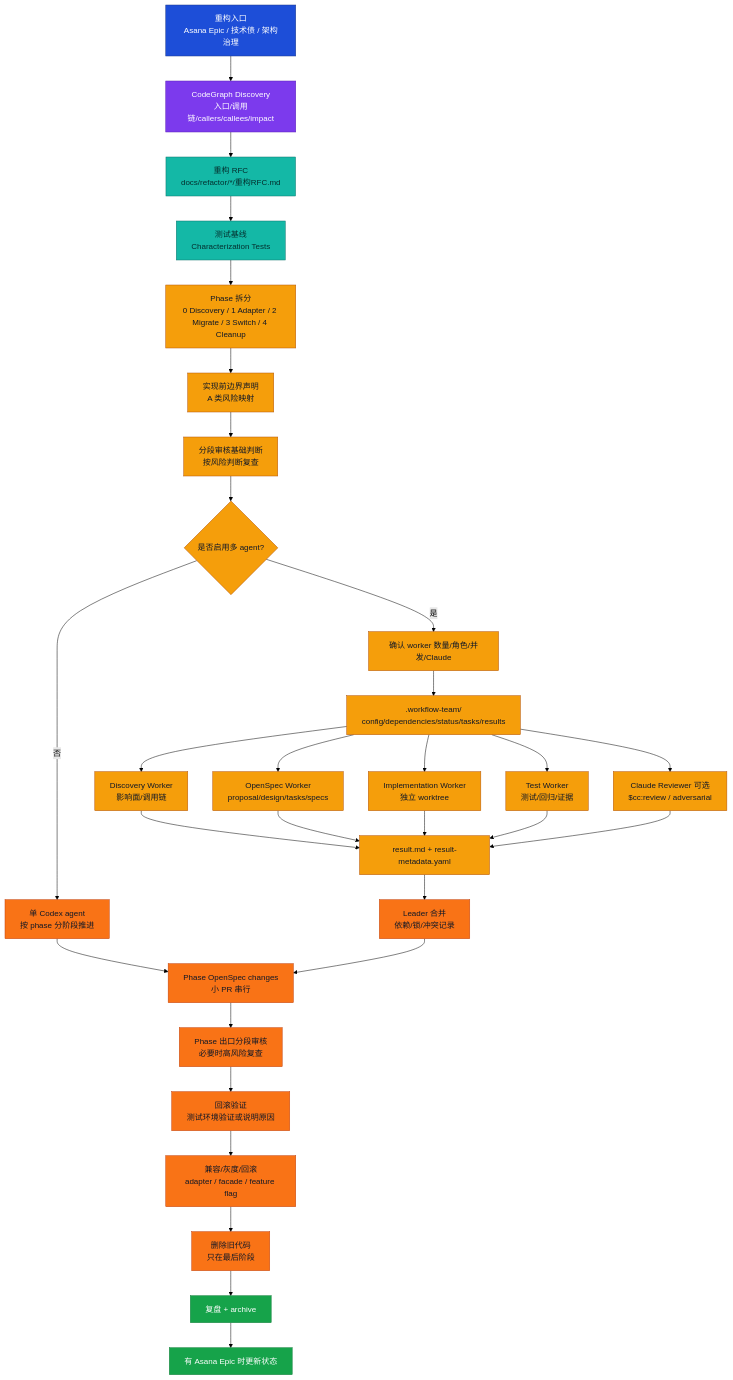
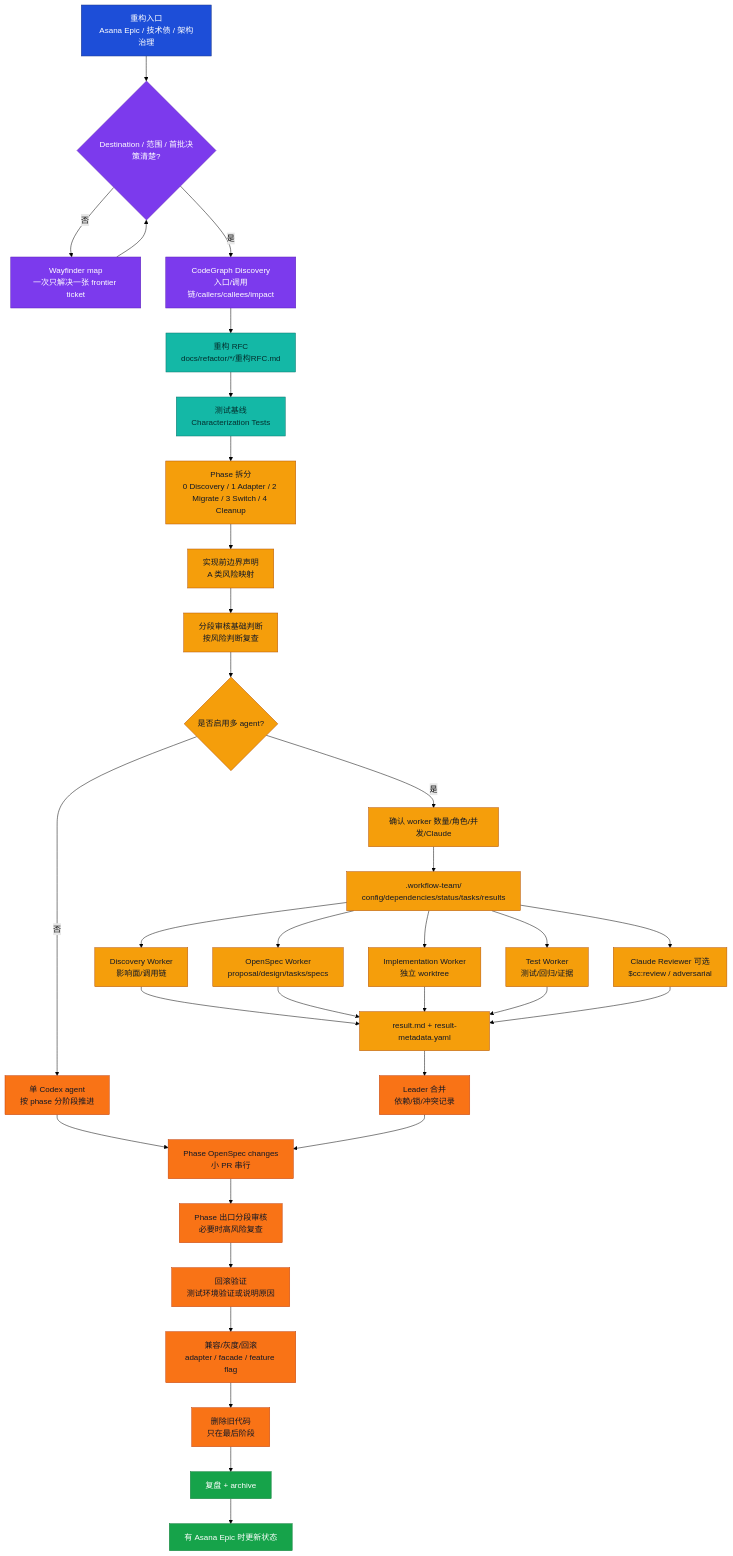
The third of 4 diagrams in 流程图.md (guobang1998/asana-openspec-java-workflow), drawn with Mermaid (forest theme) before and after one commit. The commit also changed other lines of this file and 40 other files, not shown here.

````diff
--- a/流程图.md
+++ b/流程图.md
@@ -104,49 +110,52 @@
 ```mermaid
 flowchart TB
-  A["重构入口<br/>Asana Epic / 技术债 / 架构治理"] --> B["CodeGraph Discovery<br/>入口/调用链/callers/callees/impact"]
+  A["重构入口<br/>Asana Epic / 技术债 / 架构治理"] --> WF{"Destination / 范围 / 首批决策清楚?"}
+  WF -- "否" --> WF1["Wayfinder map<br/>一次只解决一张 frontier ticket"] --> WF
+  WF -- "是" --> B["CodeGraph Discovery<br/>入口/调用链/callers/callees/impact"]
   B --> C["重构 RFC<br/>docs/refactor/*/重构RFC.md"]
   C --> D["测试基线<br/>Characterization Tests"]
   D --> E["Phase 拆分<br/>0 Discovery / 1 Adapter / 2 Migrate / 3 Switch / 4 Cleanup"]
   E --> E0["实现前边界声明<br/>A 类风险映射"]
   E0 --> E01["分段审核基础判断<br/>按风险判断复查"]
   E01 --> E1{"是否启用多 agent?"}
   E1 -- "否" --> S["单 Codex agent<br/>按 phase 分阶段推进"]
   E1 -- "是" --> E2["确认 worker 数量/角色/并发/Claude"]
   E2 --> T[".workflow-team/<change-id><br/>config/dependencies/status/tasks/results"]
 
   T --> W1["Discovery Worker<br/>影响面/调用链"]
   T --> W2["OpenSpec Worker<br/>proposal/design/tasks/specs"]
   T --> W3["Implementation Worker<br/>独立 worktree"]
   T --> W4["Test Worker<br/>测试/回归/证据"]
   T --> W5["Claude Reviewer 可选<br/>$cc:review / adversarial"]
 
   W1 --> J["result.md + result-metadata.yaml"]
   W2 --> J
   W3 --> J
   W4 --> J
   W5 --> J
 
   S --> P1["Phase OpenSpec changes<br/>小 PR 串行"]
   J --> K["Leader 合并<br/>依赖/锁/冲突记录"]
   K --> P1
   P1 --> P2["Phase 出口分段审核<br/>必要时高风险复查"]
   P2 --> K1["回滚验证<br/>测试环境验证或说明原因"]
   K1 --> L["兼容/灰度/回滚<br/>adapter / facade / feature flag"]
   L --> M["删除旧代码<br/>只在最后阶段"]
   M --> N["复盘 + archive"]
   N --> O["有 Asana Epic 时更新状态"]
 
   classDef epic fill:#1d4ed8,color:#fff,stroke:#1e3a8a;
   classDef discover fill:#7c3aed,color:#fff,stroke:#5b21b6;
   classDef rfc fill:#14b8a6,color:#042f2e,stroke:#0f766e;
   classDef phase fill:#f59e0b,color:#111827,stroke:#b45309;
   classDef pr fill:#f97316,color:#111827,stroke:#c2410c;
   classDef done fill:#16a34a,color:#fff,stroke:#15803d;
 
   class A epic;
+  class WF,WF1 discover;
   class B discover;
   class C,D rfc;
   class E,E0,E01,E1,E2,T,W1,W2,W3,W4,W5,J phase;
   class S,P1,P2,K,K1,L,M pr;
   class N,O done;
 ```
````
